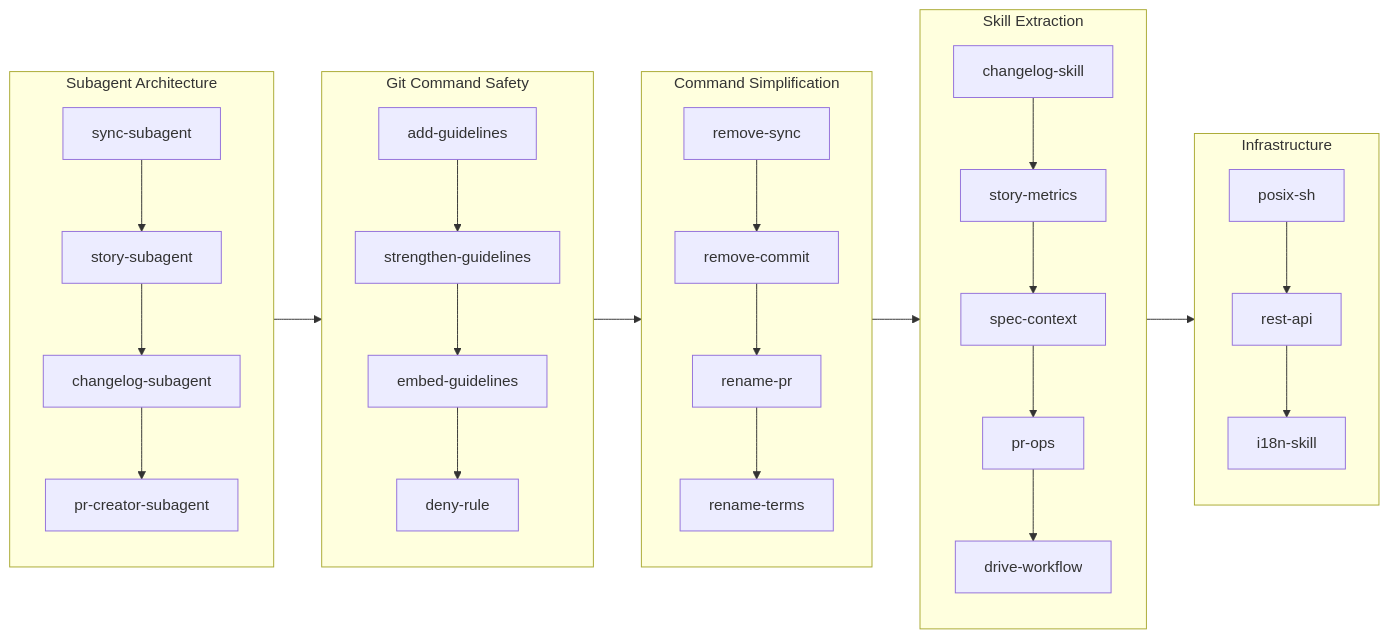
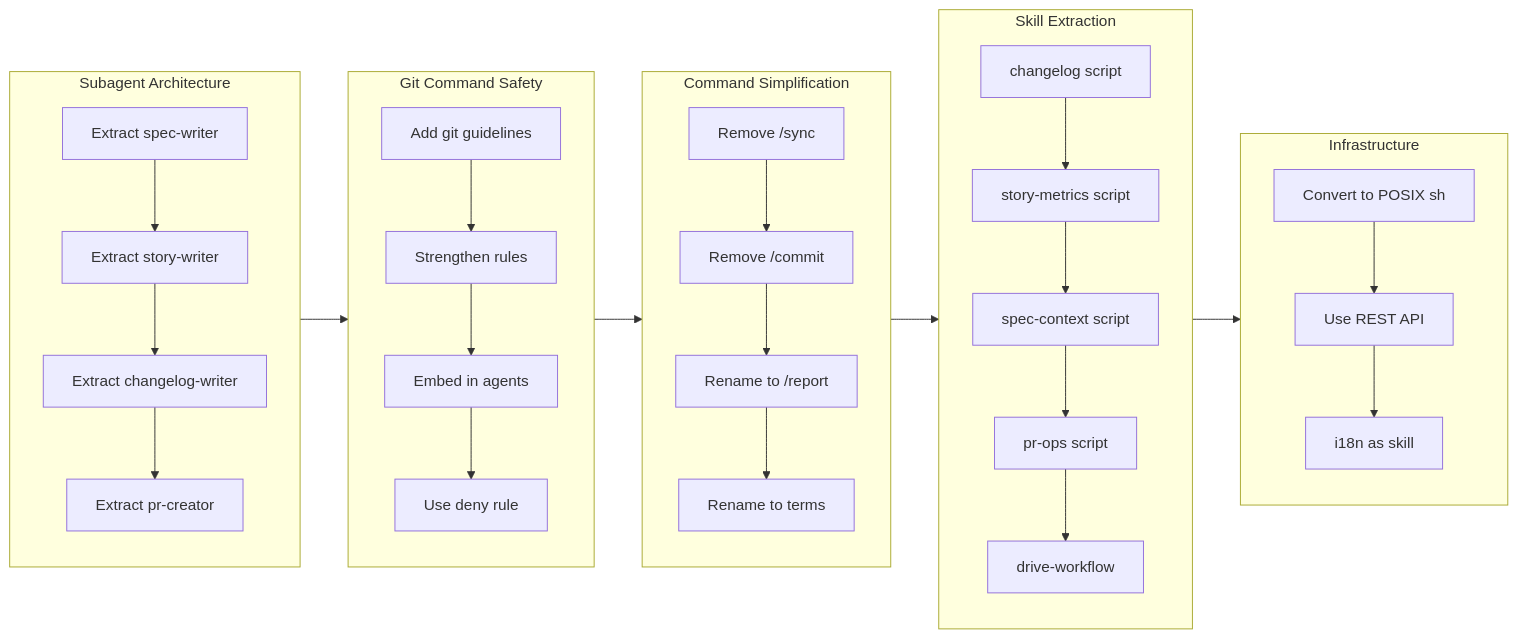
One commit to qmu/workaholic changed the diagram in .workaholic/stories/feat-20260126-214833.md. Above: the diagram before and after it, drawn with Mermaid.

Commit message:
Add descriptive labels to flowchart nodes

````diff
--- a/.workaholic/stories/feat-20260126-214833.md
+++ b/.workaholic/stories/feat-20260126-214833.md
@@ -15,24 +15,24 @@
 ```mermaid
 flowchart LR
   subgraph Subagents[Subagent Architecture]
-    sync-subagent --> story-subagent --> changelog-subagent --> pr-creator-subagent
+    s1[Extract spec-writer] --> s2[Extract story-writer] --> s3[Extract changelog-writer] --> s4[Extract pr-creator]
   end
 
   subgraph GitSafety[Git Command Safety]
-    add-guidelines --> strengthen-guidelines --> embed-guidelines --> deny-rule
+    g1[Add git guidelines] --> g2[Strengthen rules] --> g3[Embed in agents] --> g4[Use deny rule]
   end
 
   subgraph Commands[Command Simplification]
-    remove-sync --> remove-commit --> rename-pr --> rename-terms
+    c1[Remove /sync] --> c2[Remove /commit] --> c3[Rename to /report] --> c4[Rename to terms]
   end
 
   subgraph Skills[Skill Extraction]
-    changelog-skill --> story-metrics --> spec-context --> pr-ops --> drive-workflow
+    k1[changelog script] --> k2[story-metrics script] --> k3[spec-context script] --> k4[pr-ops script] --> k5[drive-workflow]
   end
 
   subgraph Infra[Infrastructure]
-    posix-sh --> rest-api --> i18n-skill
+    i1[Convert to POSIX sh] --> i2[Use REST API] --> i3[i18n as skill]
   end
 
   Subagents --> GitSafety --> Commands --> Skills --> Infra
 ```
````
